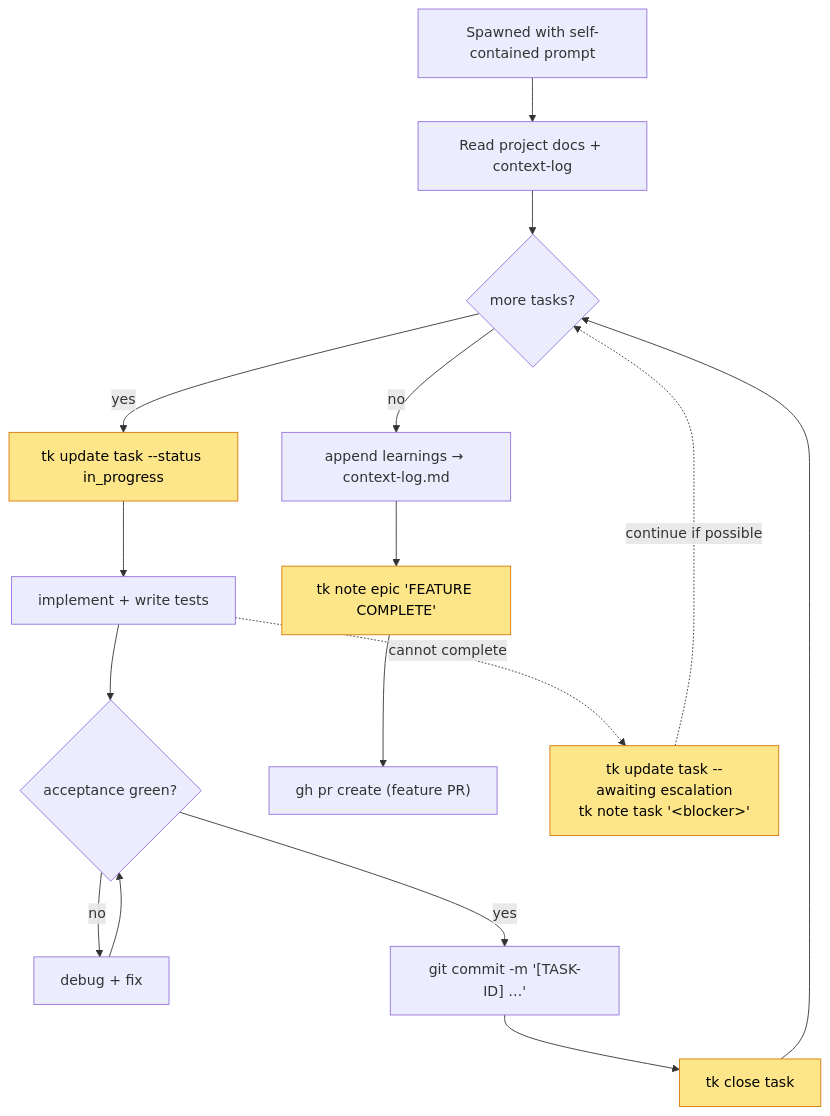
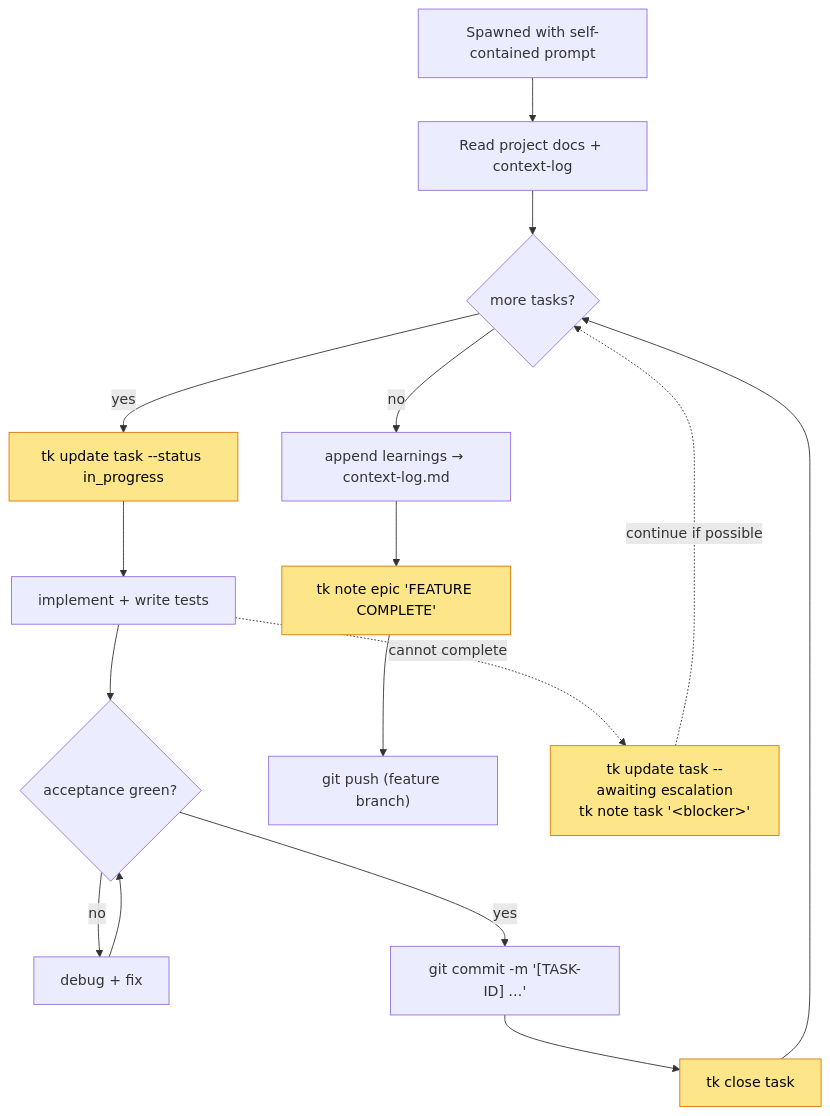
Before and after one commit to mkelk/devmeta: the third of 4 diagrams in devmeta/thoughts_on_improvement/delegation.md, drawn with Mermaid. The commit also changed other lines of this file and 6 other files, not shown here.

````diff
--- a/devmeta/thoughts_on_improvement/delegation.md
+++ b/devmeta/thoughts_on_improvement/delegation.md
@@ -133,22 +133,22 @@
 ```mermaid
 flowchart TD
     START["Spawned with self-contained prompt"] --> READ["Read project docs + context-log"]
     READ --> Q{"more tasks?"}
     Q -- yes --> IP["tk update task --status in_progress"]
     IP --> IMP["implement + write tests"]
     IMP --> TST{"acceptance green?"}
     TST -- no --> FIX["debug + fix"]
     FIX --> TST
     TST -- yes --> CM["git commit -m '[TASK-ID] …'"]
     CM --> CL["tk close task"]
     CL --> Q
     Q -- no --> AP["append learnings → context-log.md"]
     AP --> NT["tk note epic 'FEATURE COMPLETE'"]
-    NT --> PR["gh pr create (feature PR)"]
+    NT --> PUSH["git push (feature branch)"]
 
     IMP -.->|cannot complete| ESC["tk update task --awaiting escalation<br/>tk note task '&lt;blocker&gt;'"]
     ESC -.->|continue if possible| Q
 
     classDef tk fill:#fde68a,stroke:#d97706,color:#000;
     class IP,CL,NT,ESC tk;
 ```
````
